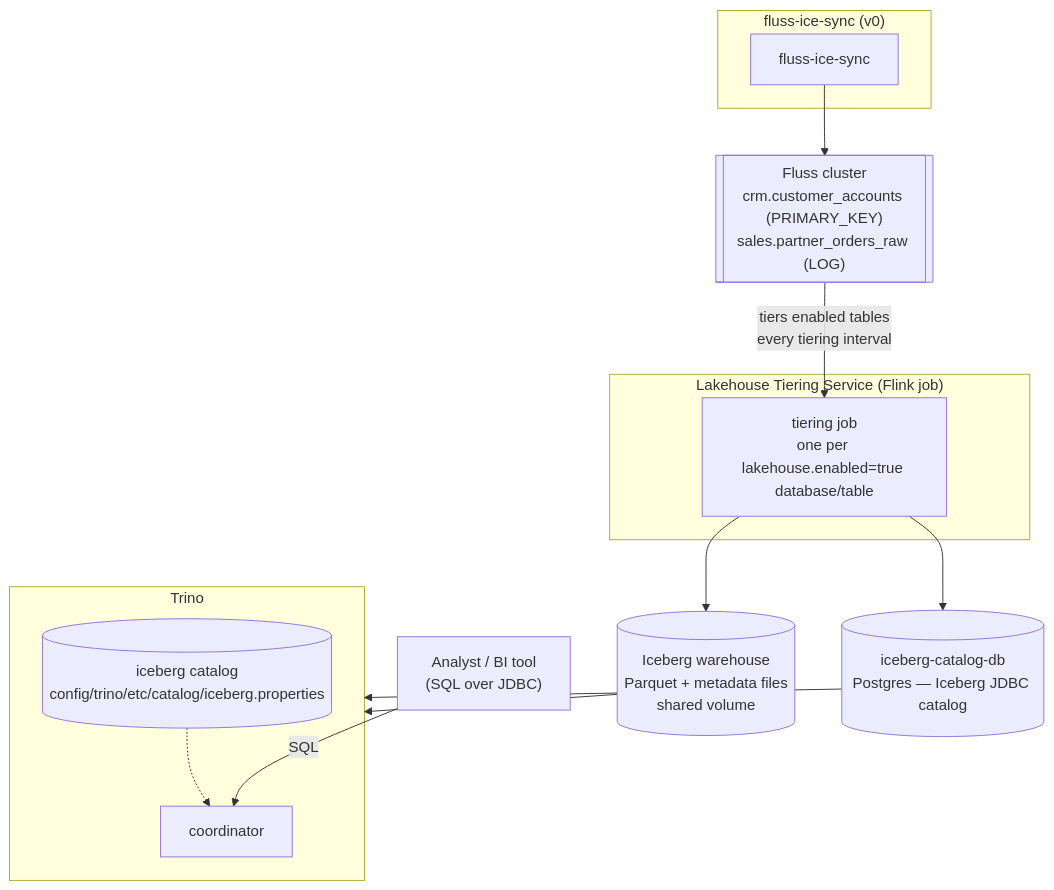
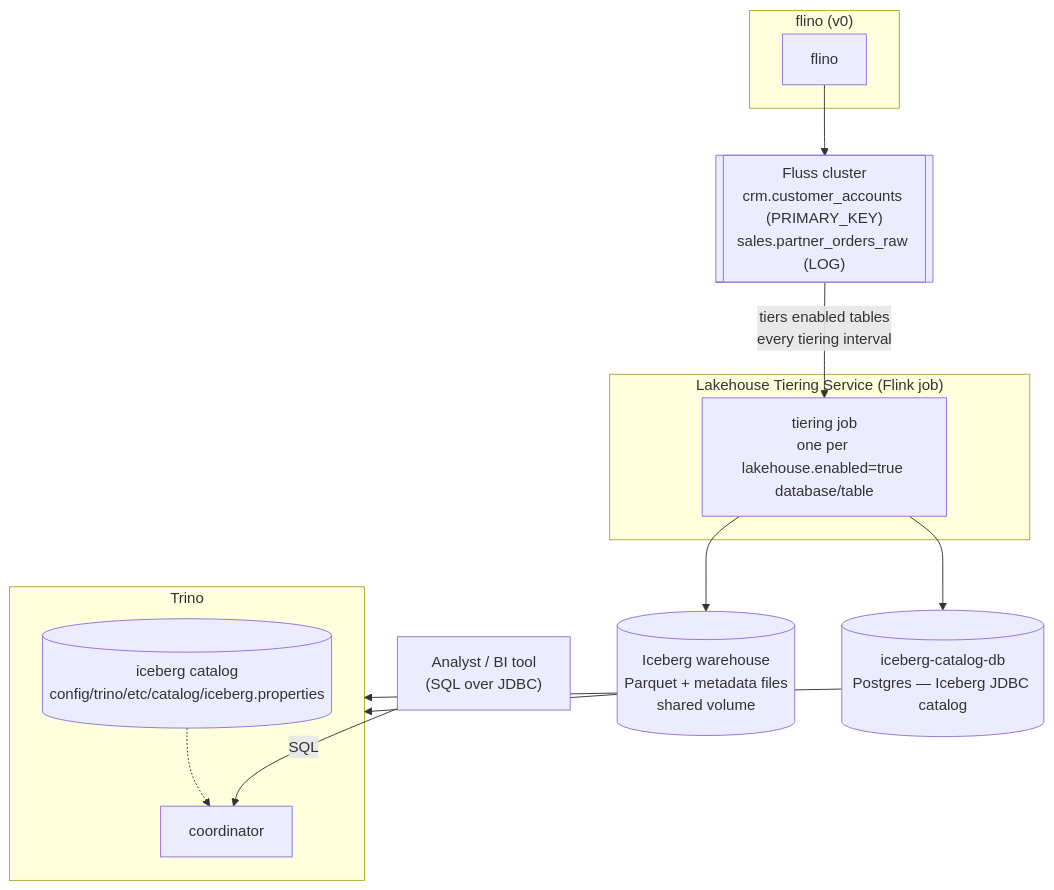
The first of 2 diagrams in doc/design/v1-trino-integration-design.md (avikbesu/fluss-ice-sync), drawn with Mermaid before and after one commit. The commit also changed other lines of this file and 236 other files, not shown here.

````diff
--- a/doc/design/v1-trino-integration-design.md
+++ b/doc/design/v1-trino-integration-design.md
@@ -99,31 +99,31 @@
 ```mermaid
 flowchart TB
-    subgraph SYNC["fluss-ice-sync (v0)"]
-        FS["fluss-ice-sync"]
+    subgraph SYNC["flino (v0)"]
+        FS["flino"]
     end
 
     FLUSS[["Fluss cluster<br/>crm.customer_accounts (PRIMARY_KEY)<br/>sales.partner_orders_raw (LOG)"]]
 
     subgraph TIER["Lakehouse Tiering Service (Flink job)"]
         TJ["tiering job<br/>one per lakehouse.enabled=true database/table"]
     end
 
     WH[("Iceberg warehouse<br/>Parquet + metadata files<br/>shared volume")]
     CATDB[("iceberg-catalog-db<br/>Postgres — Iceberg JDBC catalog")]
 
     subgraph TRINO["Trino"]
         TC["coordinator"]
         CAT[("iceberg catalog<br/>config/trino/etc/catalog/iceberg.properties")]
         CAT -.-> TC
     end
 
     BI["Analyst / BI tool<br/>(SQL over JDBC)"]
 
     FS --> FLUSS
     FLUSS -->|"tiers enabled tables<br/>every tiering interval"| TJ
     TJ --> WH
     TJ --> CATDB
     WH --> TRINO
     CATDB --> TRINO
     BI -->|SQL| TC
 ```
````
